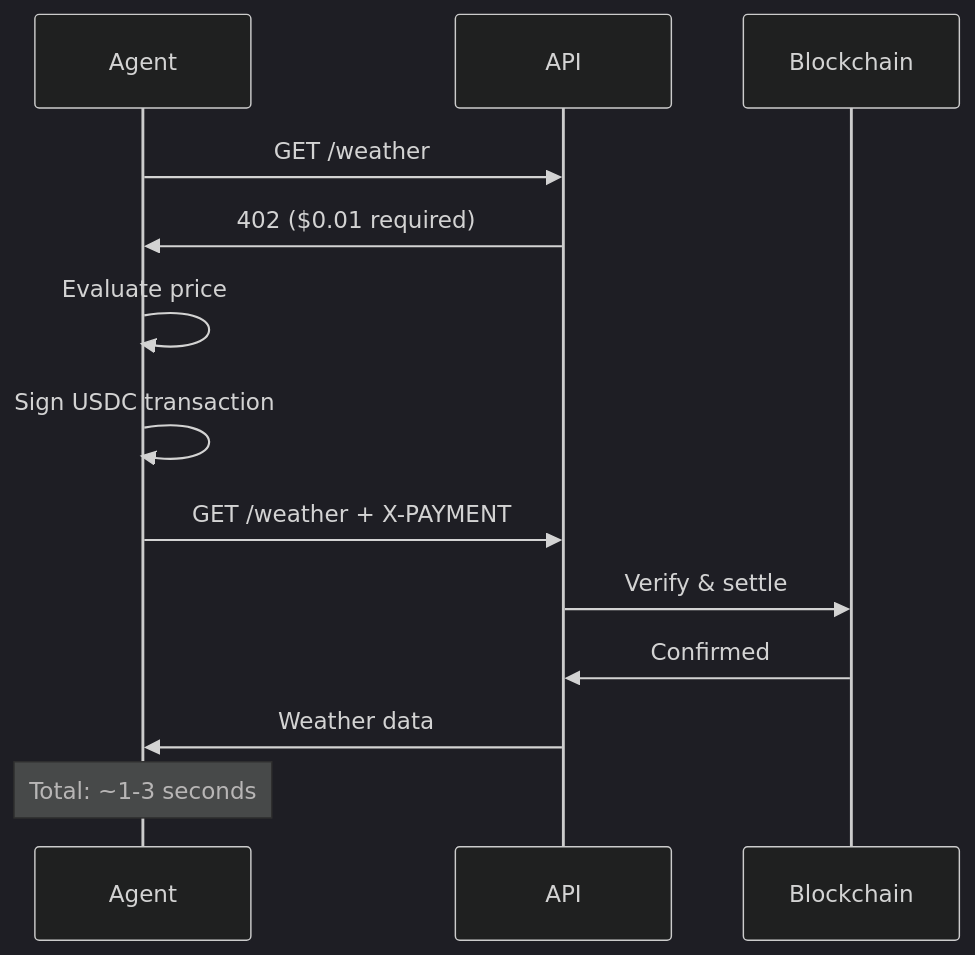
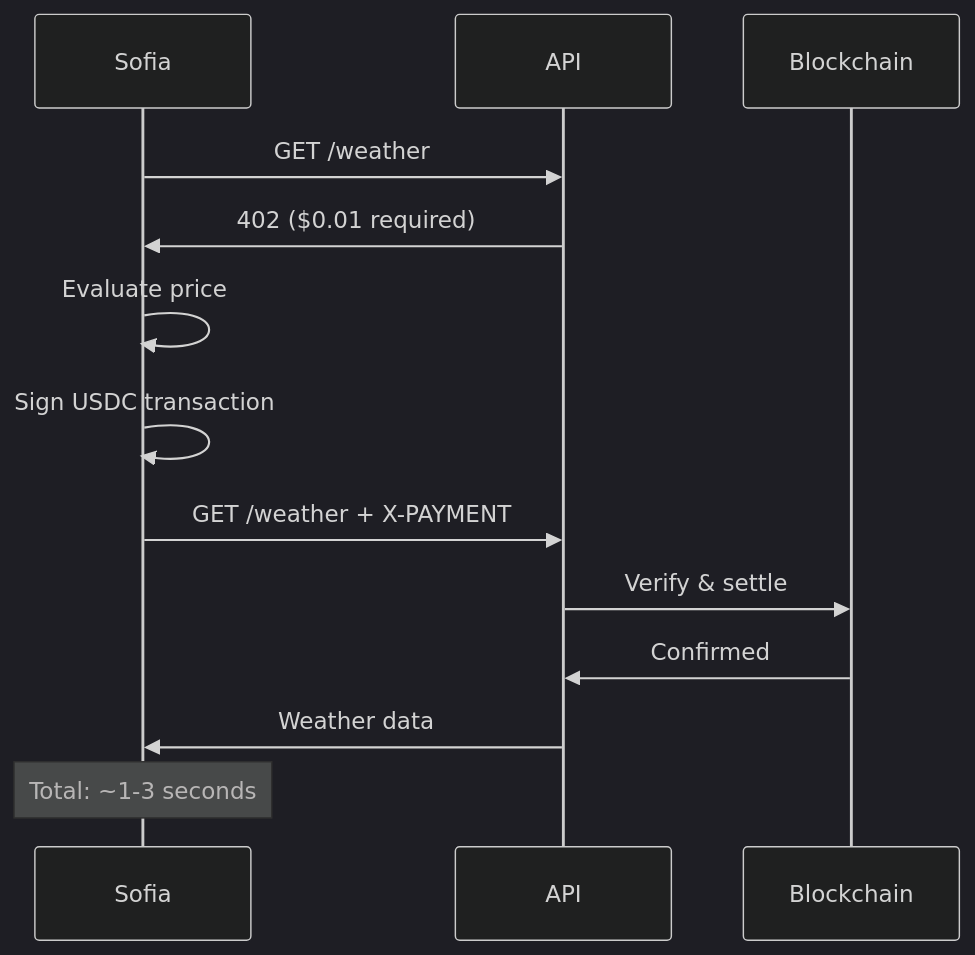
One commit to LolyxMoon/Aptos-x402 changed the diagram in docs/README.md. Above: the diagram before and after it, drawn with Mermaid (dark theme). The commit also changed other lines of this file and 4 other files, not shown here.

````diff
--- a/docs/README.md
+++ b/docs/README.md
@@ -49,17 +71,17 @@
 ```mermaid
 sequenceDiagram
-    participant Agent
+    participant Sofia
     participant API
     participant Blockchain
     
-    Agent->>API: GET /weather
-    API->>Agent: 402 ($0.01 required)
-    Agent->>Agent: Evaluate price
-    Agent->>Agent: Sign USDC transaction
-    Agent->>API: GET /weather + X-PAYMENT
+    Sofia->>API: GET /weather
+    API->>Sofia: 402 ($0.01 required)
+    Sofia->>Sofia: Evaluate price
+    Sofia->>Sofia: Sign USDC transaction
+    Sofia->>API: GET /weather + X-PAYMENT
     API->>Blockchain: Verify & settle
     Blockchain->>API: Confirmed
-    API->>Agent: Weather data
+    API->>Sofia: Weather data
     
-    Note over Agent: Total: ~1-3 seconds
+    Note over Sofia: Total: ~1-3 seconds
 ```
````
